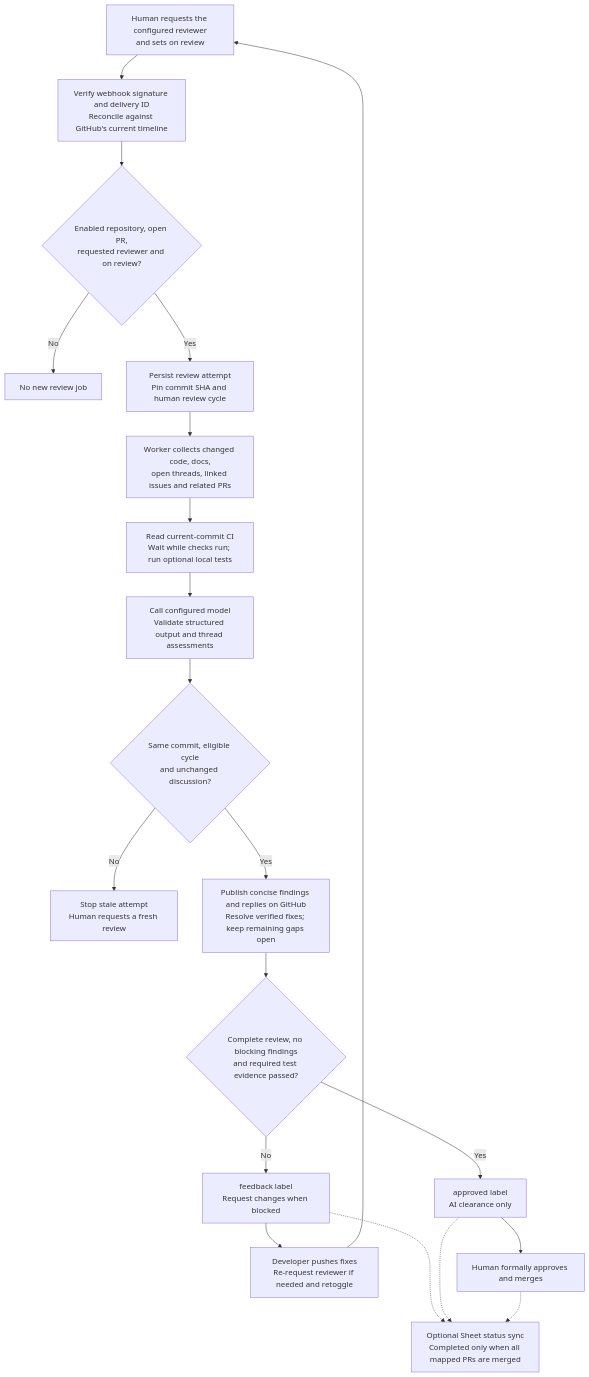
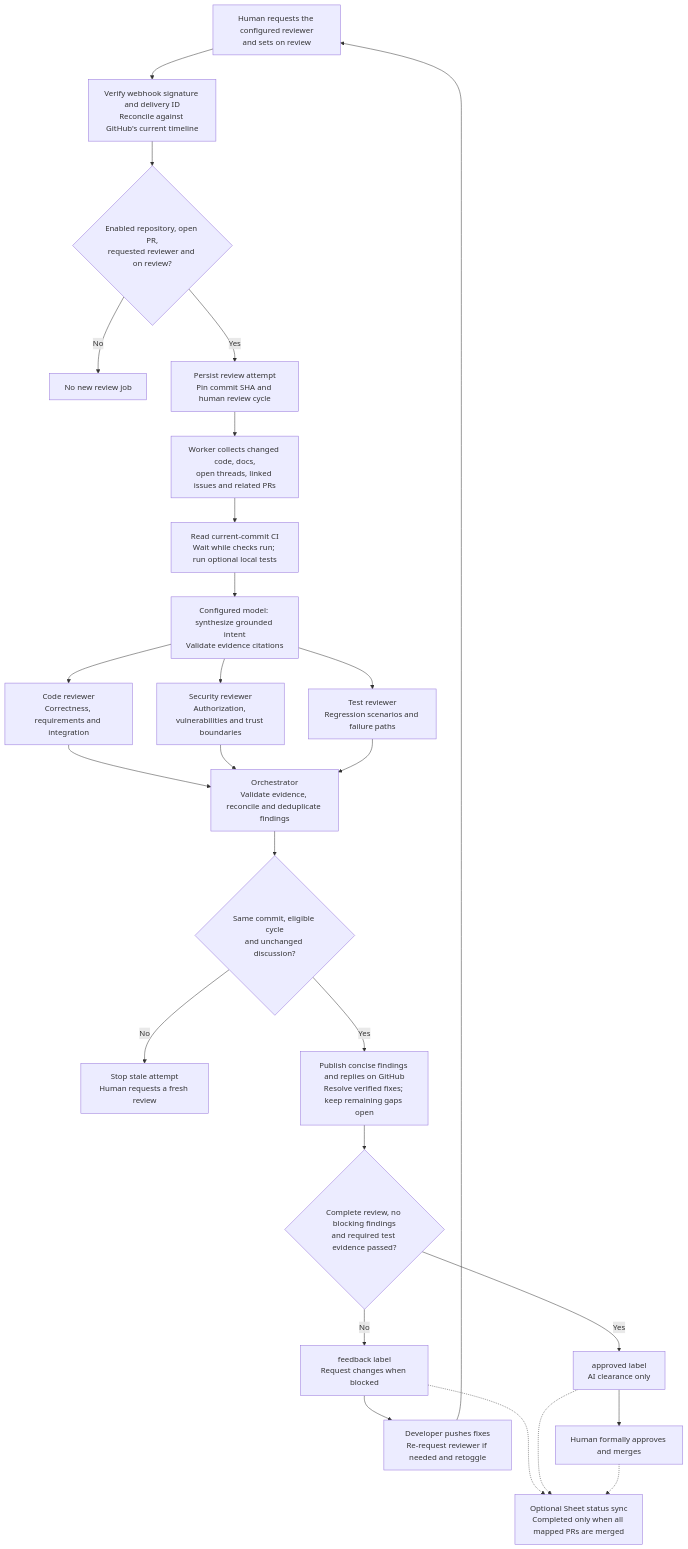
Before and after one commit to Ainzw0rth/pr-review-service: the second of 2 diagrams in README.md, drawn with Mermaid. The commit also changed other lines of this file and 31 other files, not shown here.

````diff
--- a/README.md
+++ b/README.md
@@ -86,31 +86,39 @@
 ```mermaid
 flowchart TB
     human["Human requests the configured reviewer<br/>and sets on review"]
     ingress["Verify webhook signature and delivery ID<br/>Reconcile against GitHub's current timeline"]
     eligible{"Enabled repository, open PR,<br/>requested reviewer and on review?"}
     ignore["No new review job"]
     queue["Persist review attempt<br/>Pin commit SHA and human review cycle"]
     context["Worker collects changed code, docs,<br/>open threads, linked issues and related PRs"]
     ci["Read current-commit CI<br/>Wait while checks run; run optional local tests"]
-    model["Call configured model<br/>Validate structured output and thread assessments"]
+    intent["Configured model: synthesize grounded intent<br/>Validate evidence citations"]
+    code["Code reviewer<br/>Correctness, requirements and integration"]
+    security["Security reviewer<br/>Authorization, vulnerabilities and trust boundaries"]
+    tests["Test reviewer<br/>Regression scenarios and failure paths"]
+    model["Orchestrator<br/>Validate evidence, reconcile and deduplicate findings"]
     guard{"Same commit, eligible cycle<br/>and unchanged discussion?"}
     stale["Stop stale attempt<br/>Human requests a fresh review"]
     publish["Publish concise findings and replies on GitHub<br/>Resolve verified fixes; keep remaining gaps open"]
     outcome{"Complete review, no blocking findings<br/>and required test evidence passed?"}
     feedback["feedback label<br/>Request changes when blocked"]
     ready["approved label<br/>AI clearance only"]
     fix["Developer pushes fixes<br/>Re-request reviewer if needed and retoggle"]
     merge["Human formally approves and merges"]
     sync["Optional Sheet status sync<br/>Completed only when all mapped PRs are merged"]
 
     human --> ingress --> eligible
     eligible -->|No| ignore
-    eligible -->|Yes| queue --> context --> ci --> model --> guard
+    eligible -->|Yes| queue --> context --> ci --> intent
+    intent --> code --> model
+    intent --> security --> model
+    intent --> tests --> model
+    model --> guard
     guard -->|No| stale
     guard -->|Yes| publish --> outcome
     outcome -->|No| feedback --> fix --> human
     outcome -->|Yes| ready --> merge
     feedback -.-> sync
     ready -.-> sync
     merge -.-> sync
 ```
````
